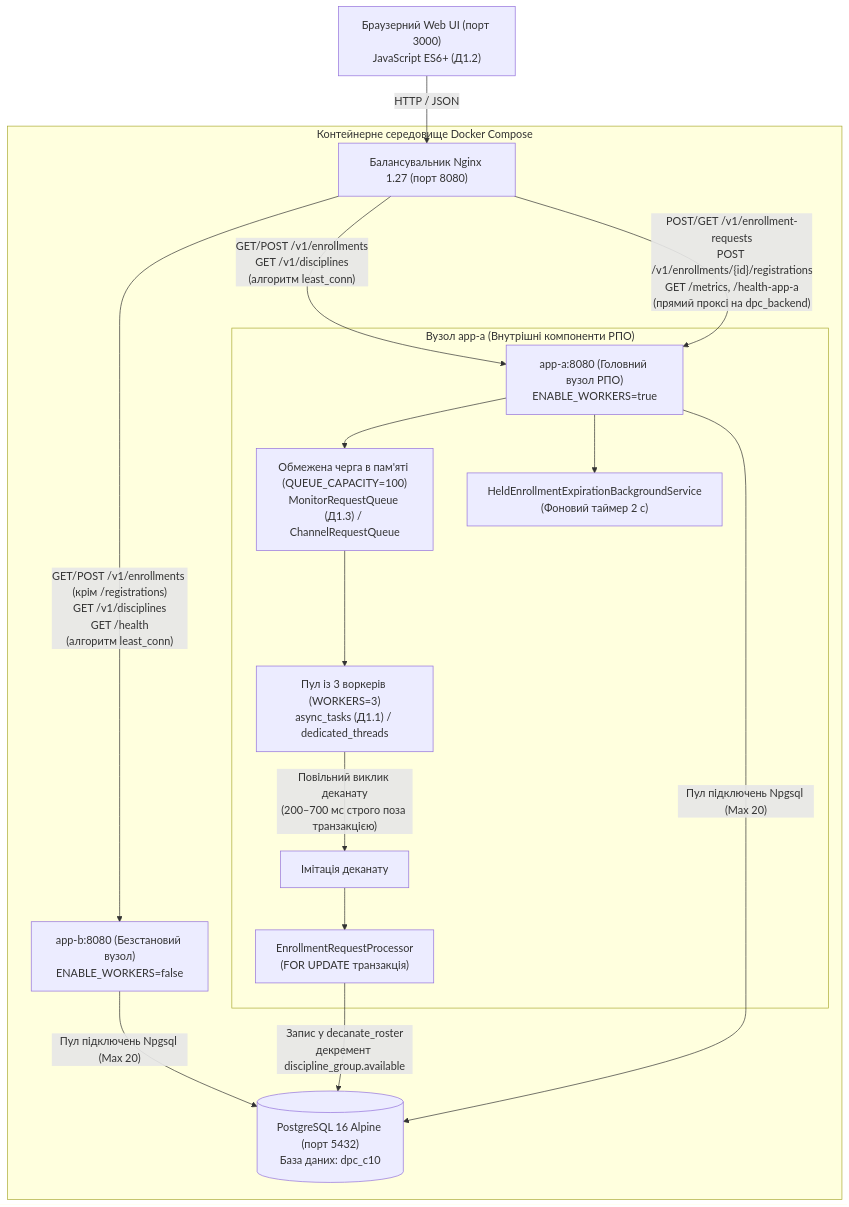
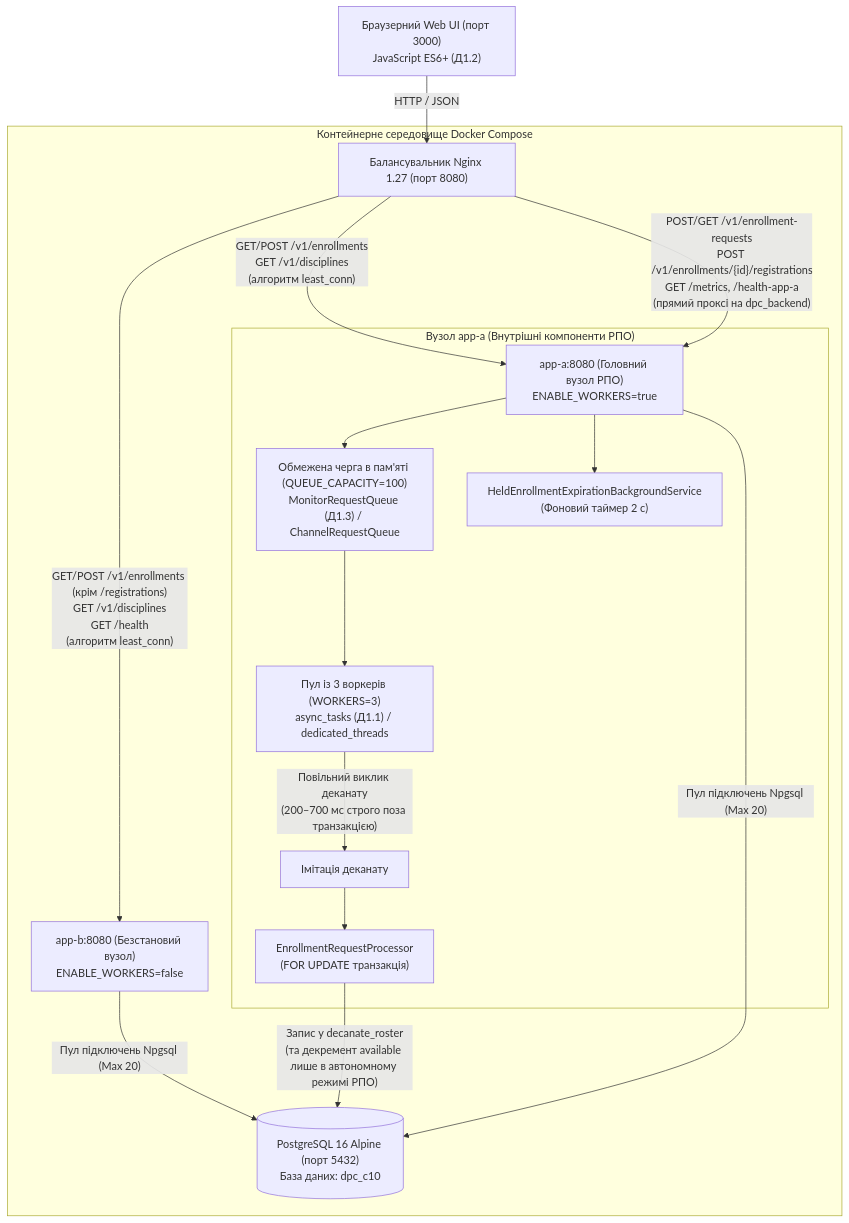
The fourth of 4 diagrams in README.md (AirFlex2/distributed-parallel-computing-and-web-course-c10), drawn with Mermaid before and after one commit. The commit also changed other lines of this file and 5 other files, not shown here.

````diff
--- a/README.md
+++ b/README.md
@@ -276,23 +276,23 @@
 ```mermaid
 flowchart TD
     Client["Браузерний Web UI (порт 3000)<br>JavaScript ES6+ (Д1.2)"] -->|HTTP / JSON| Nginx["Балансувальник Nginx 1.27 (порт 8080)"]
 
     subgraph Cluster["Контейнерне середовище Docker Compose"]
         Nginx -->|"GET/POST /v1/enrollments (крім /registrations)<br>GET /v1/disciplines<br>GET /health<br>(алгоритм least_conn)"| AppB["app-b:8080 (Безстановий вузол)<br>ENABLE_WORKERS=false"]
         Nginx -->|"GET/POST /v1/enrollments<br>GET /v1/disciplines<br>(алгоритм least_conn)"| AppA["app-a:8080 (Головний вузол РПО)<br>ENABLE_WORKERS=true"]
         
         Nginx -->|"POST/GET /v1/enrollment-requests<br>POST /v1/enrollments/{id}/registrations<br>GET /metrics, /health-app-a<br>(прямий проксі на dpc_backend)"| AppA
 
         subgraph NodeA["Вузол app-a (Внутрішні компоненти РПО)"]
             AppA --> MemQueue["Обмежена черга в пам'яті (QUEUE_CAPACITY=100)<br>MonitorRequestQueue (Д1.3) / ChannelRequestQueue"]
             MemQueue --> Workers["Пул із 3 воркерів (WORKERS=3)<br>async_tasks (Д1.1) / dedicated_threads"]
             Workers -->|"Повільний виклик деканату<br>(200–700 мс строго поза транзакцією)"| SlowCall["Імітація деканату"]
             SlowCall --> Processor["EnrollmentRequestProcessor<br>(FOR UPDATE транзакція)"]
             AppA --> ExpService["HeldEnrollmentExpirationBackgroundService<br>(Фоновий таймер 2 с)"]
         end
 
         AppA -->|"Пул підключень Npgsql (Max 20)"| Postgres[("PostgreSQL 16 Alpine (порт 5432)<br>База даних: dpc_c10")]
         AppB -->|"Пул підключень Npgsql (Max 20)"| Postgres
-        Processor -->|"Запис у decanate_roster<br>декремент discipline_group.available"| Postgres
+        Processor -->|"Запис у decanate_roster<br>(та декремент available лише в автономному режимі РПО)"| Postgres
     end
 ```
````
